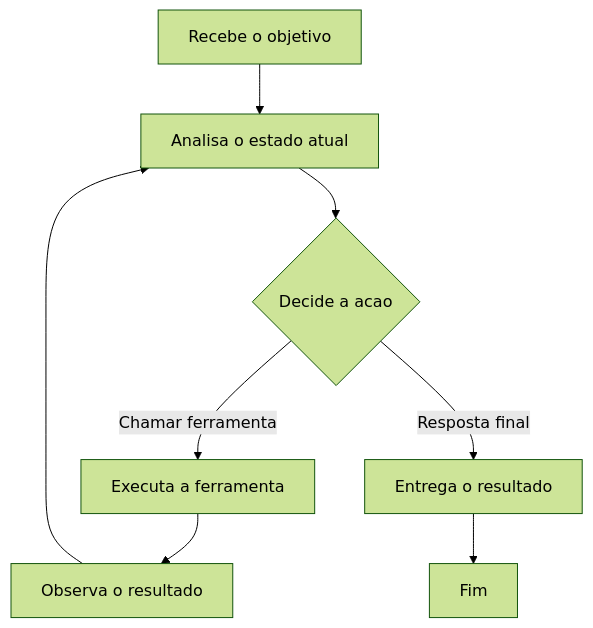
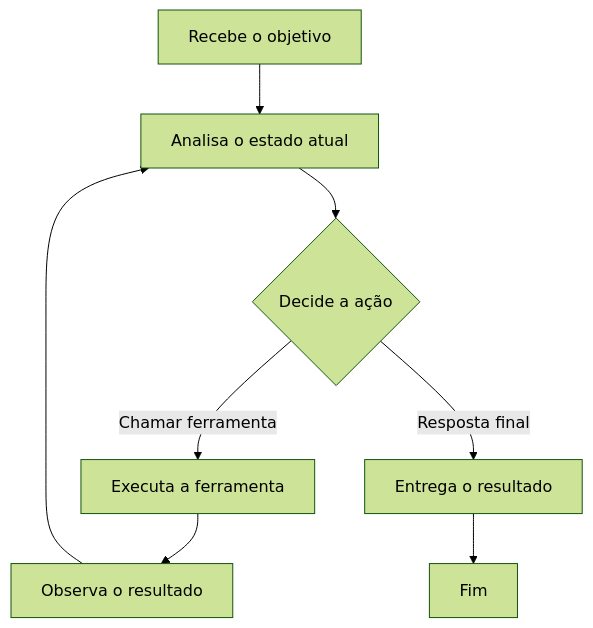
Before and after one commit to alicino/kb-blog: the first of 2 diagrams in src/content/articles/agentes-ia-e-loop-engineering.md, drawn with Mermaid (forest theme). The commit also changed other lines of this file and 7 other files, not shown here.

````diff
--- a/src/content/articles/agentes-ia-e-loop-engineering.md
+++ b/src/content/articles/agentes-ia-e-loop-engineering.md
@@ -54,10 +54,10 @@
 ```mermaid
 flowchart TD
     A["Recebe o objetivo"] --> B["Analisa o estado atual"]
-    B --> C{"Decide a acao"}
+    B --> C{"Decide a ação"}
     C -->|"Chamar ferramenta"| D["Executa a ferramenta"]
     D --> E["Observa o resultado"]
     E --> B
     C -->|"Resposta final"| F["Entrega o resultado"]
     F --> G["Fim"]
 ```
````
